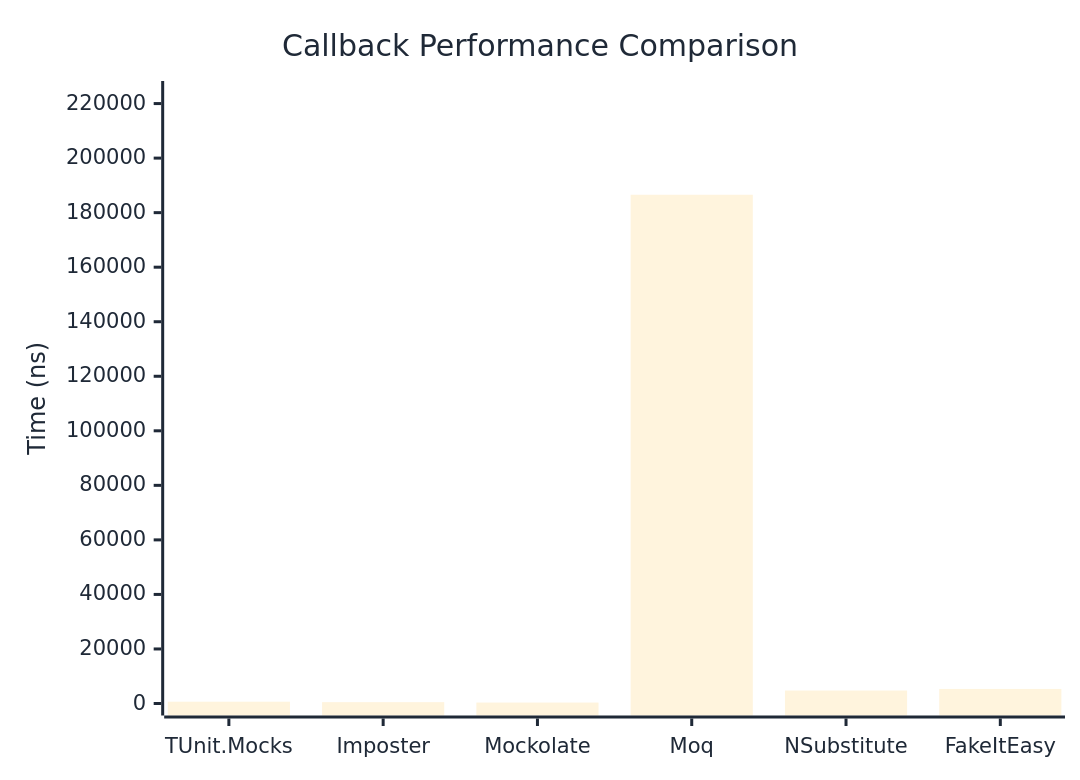
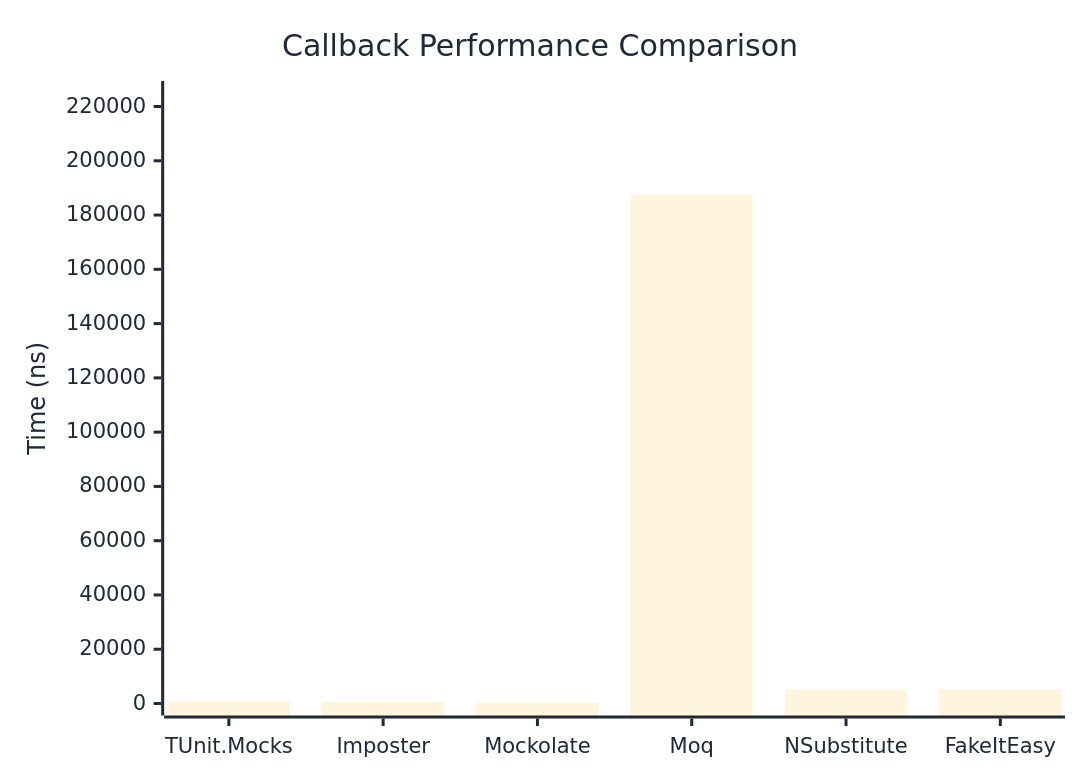
Before and after one commit to thomhurst/TUnit: the first of 2 diagrams in docs/docs/benchmarks/mocks/Callback.md, drawn with Mermaid. The commit also changed other lines of this file and 14 other files, not shown here.

````diff
--- a/docs/docs/benchmarks/mocks/Callback.md
+++ b/docs/docs/benchmarks/mocks/Callback.md
@@ -30,27 +30,27 @@
 ```mermaid
 %%{init: {
   'theme':'base',
   'themeVariables': {
     'primaryColor': '#2563eb',
     'primaryTextColor': '#1f2937',
     'primaryBorderColor': '#1e40af',
     'lineColor': '#6b7280',
     'secondaryColor': '#7c3aed',
     'tertiaryColor': '#dc2626',
     'background': '#ffffff',
     'pie1': '#2563eb',
     'pie2': '#7c3aed',
     'pie3': '#dc2626',
     'pie4': '#f59e0b',
     'pie5': '#10b981',
     'pie6': '#06b6d4',
     'pie7': '#ec4899',
     'pie8': '#6366f1'
   }
 }}%%
 xychart-beta
   title "Callback Performance Comparison"
   x-axis ["TUnit.Mocks", "Imposter", "Mockolate", "Moq", "NSubstitute", "FakeItEasy"]
-  y-axis "Time (ns)" 0 --> 223878
-  bar [661.9, 491.2, 350.2, 186564.4, 4755.2, 5341.6]
+  y-axis "Time (ns)" 0 --> 224979
+  bar [653.5, 471, 353.5, 187482.4, 5051.5, 5288.6]
 ```
````
